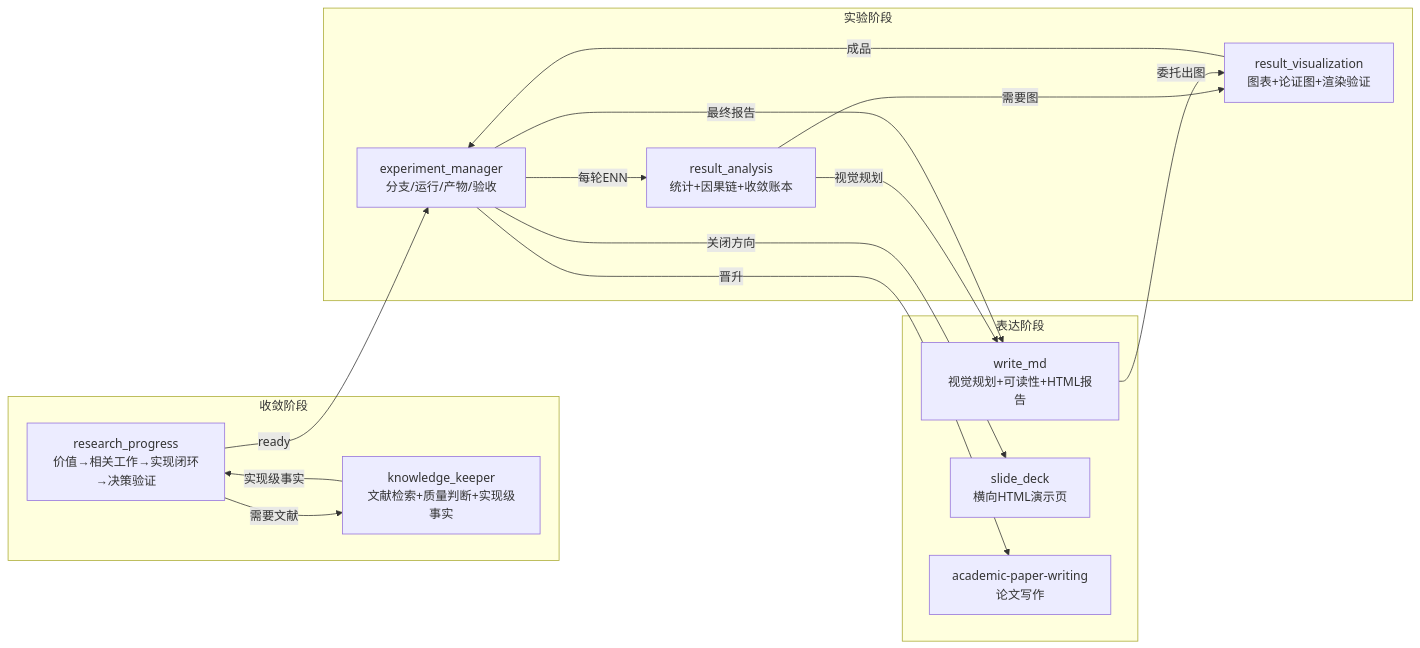
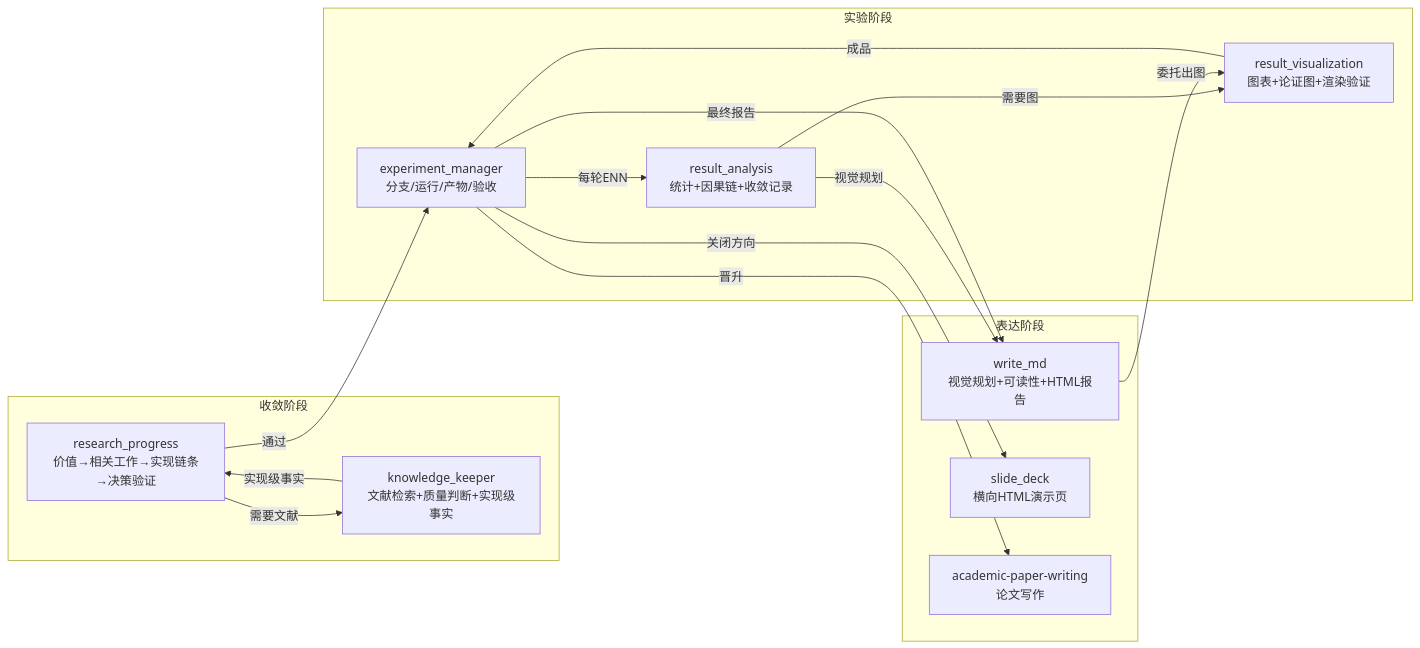
Before and after one commit to WissingChen/my_code_config: the diagram in README.md, drawn with Mermaid. The commit also changed other lines of this file and 30 other files, not shown here.

````diff
--- a/README.md
+++ b/README.md
@@ -15,31 +15,31 @@
 ```mermaid
 flowchart LR
     subgraph 收敛阶段
-        RP[research_progress<br/>价值→相关工作→实现闭环→决策验证]
+        RP[research_progress<br/>价值→相关工作→实现链条→决策验证]
         KK[knowledge_keeper<br/>文献检索+质量判断+实现级事实]
     end
 
     subgraph 实验阶段
         EM[experiment_manager<br/>分支/运行/产物/验收]
-        RA[result_analysis<br/>统计+因果链+收敛账本]
+        RA[result_analysis<br/>统计+因果链+收敛记录]
         RV[result_visualization<br/>图表+论证图+渲染验证]
     end
 
     subgraph 表达阶段
         WM[write_md<br/>视觉规划+可读性+HTML报告]
         SD[slide_deck<br/>横向HTML演示页]
         AP[academic-paper-writing<br/>论文写作]
     end
 
-    RP -->|ready| EM
+    RP -->|通过| EM
     RP -->|需要文献| KK
     KK -->|实现级事实| RP
     EM -->|每轮ENN| RA
     RA -->|需要图| RV
     RA -->|视觉规划| WM
     WM -->|委托出图| RV
     RV -->|成品| EM
     EM -->|最终报告| WM
     EM -->|关闭方向| SD
     EM -->|晋升| AP
 ```
````
